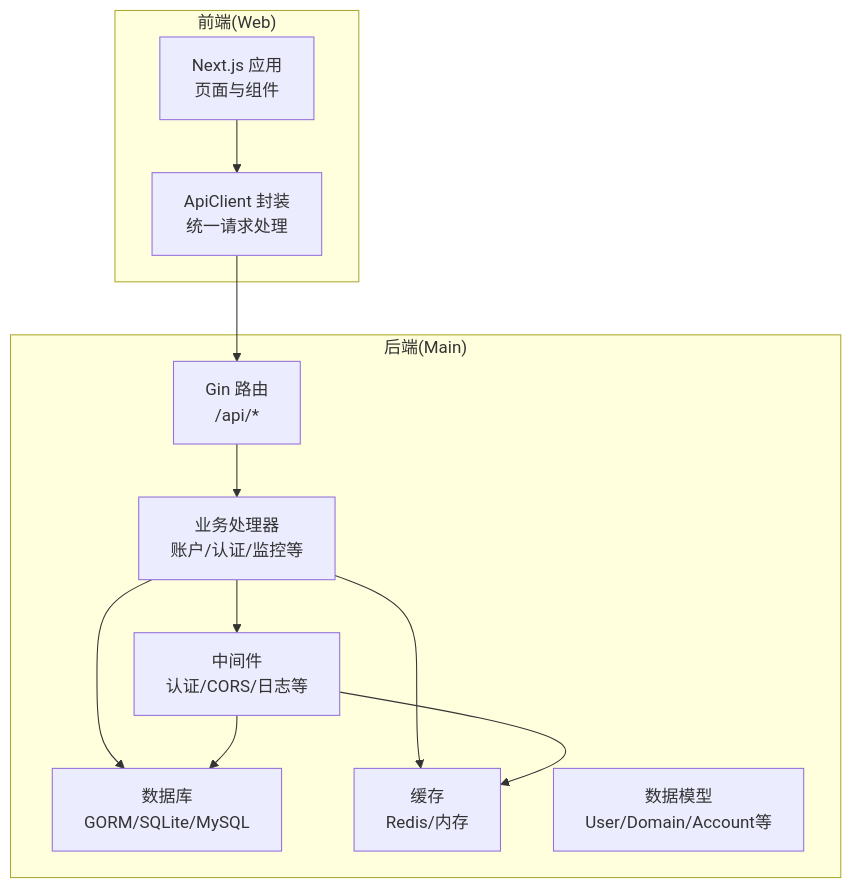
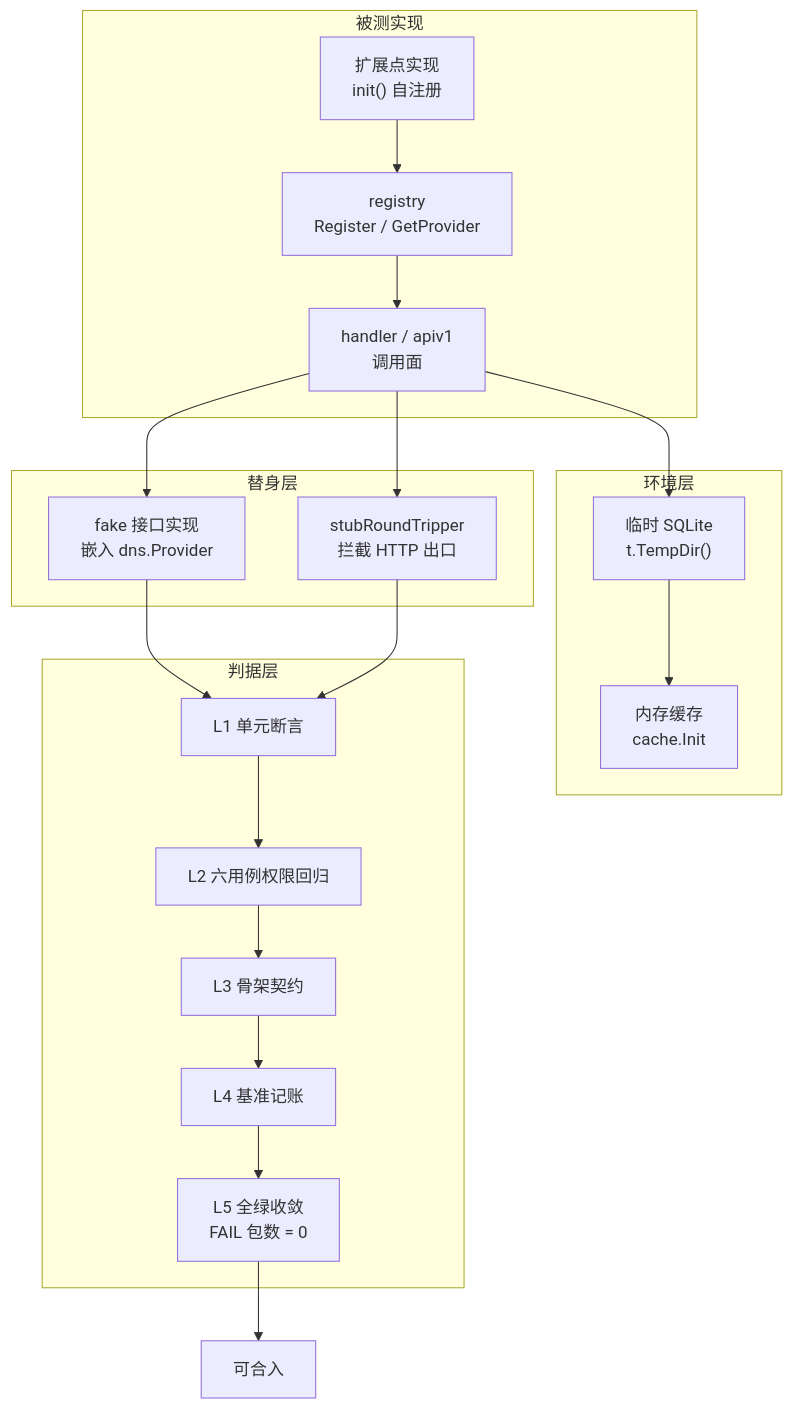
One commit to x01n/dnsplane changed the first of 4 diagrams in docs/扩展开发/扩展测试与验证.md. Above: the diagram before and after it, drawn with Mermaid. The commit also changed other lines of this file and 326 other files, not shown here.

````diff
--- a/docs/扩展开发/扩展测试与验证.md
+++ b/docs/扩展开发/扩展测试与验证.md
@@ -41,23 +164,36 @@
 ```mermaid
-graph TB
-subgraph "前端(Web)"
-UI["Next.js 应用<br/>页面与组件"]
-API["ApiClient 封装<br/>统一请求处理"]
+flowchart TB
+subgraph P0["被测实现"]
+  A["扩展点实现<br/>init() 自注册"]
+  B["registry<br/>Register / GetProvider"]
+  C["handler / apiv1<br/>调用面"]
 end
-subgraph "后端(Main)"
-Router["Gin 路由<br/>/api/*"]
-Handler["业务处理器<br/>账户/认证/监控等"]
-Middleware["中间件<br/>认证/CORS/日志等"]
-DB["数据库<br/>GORM/SQLite/MySQL"]
-Cache["缓存<br/>Redis/内存"]
-Models["数据模型<br/>User/Domain/Account等"]
+subgraph P1["替身层"]
+  D["fake 接口实现<br/>嵌入 dns.Provider"]
+  E["stubRoundTripper<br/>拦截 HTTP 出口"]
 end
-UI --> API
-API --> Router
-Router --> Handler
-Handler --> Middleware
-Handler --> DB
-Handler --> Cache
-Middleware --> DB
-Middleware --> Cache
+subgraph P2["环境层"]
+  F["临时 SQLite<br/>t.TempDir()"]
+  G["内存缓存<br/>cache.Init"]
+end
+subgraph P3["判据层"]
+  H["L1 单元断言"]
+  I["L2 六用例权限回归"]
+  J["L3 骨架契约"]
+  K["L4 基准记账"]
+  L["L5 全绿收敛<br/>FAIL 包数 = 0"]
+end
+A --> B
+B --> C
+C --> D
+C --> E
+C --> F
+F --> G
+D --> H
+E --> H
+H --> I
+I --> J
+J --> K
+K --> L
+L --> M["可合入"]
 ```
````
